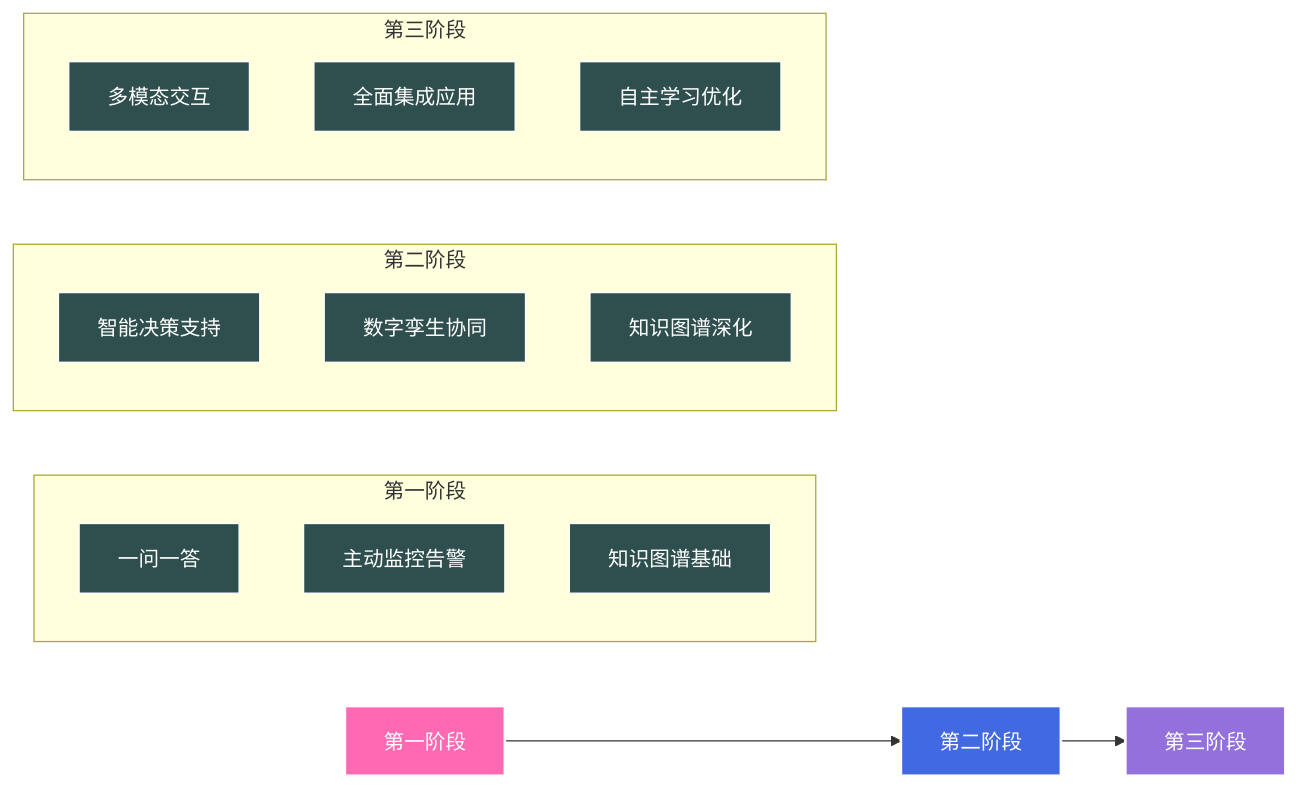
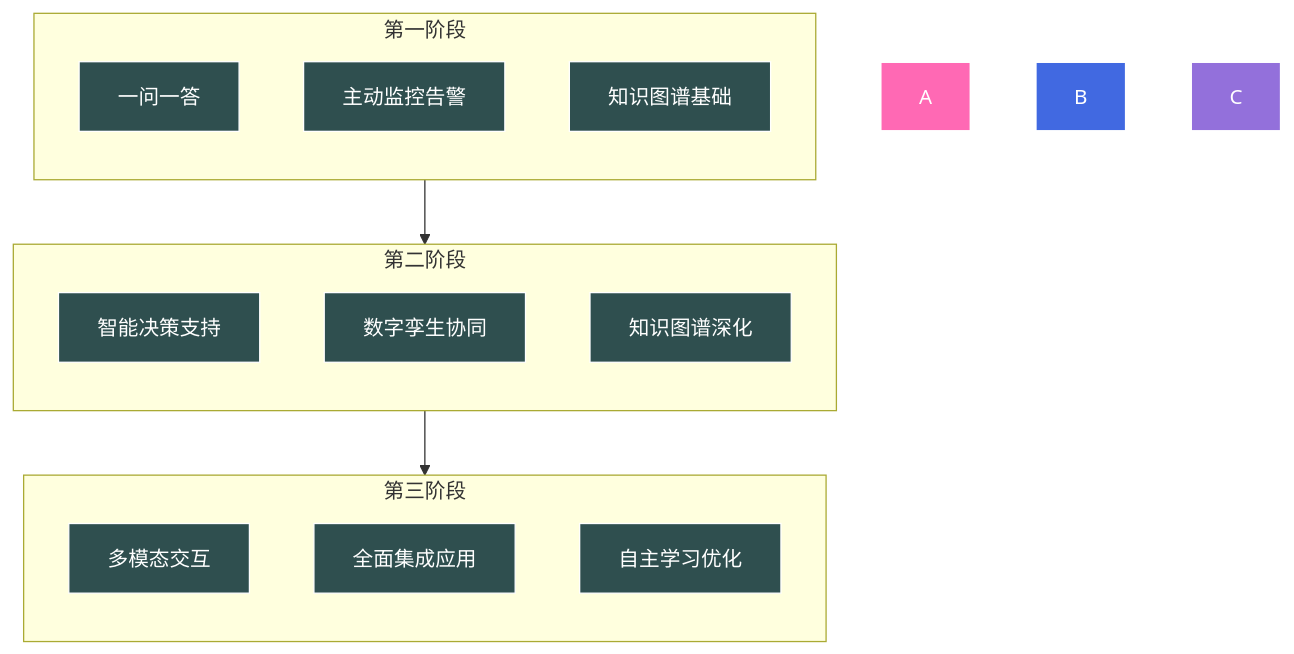
One commit to wuhy80/wuhy-notes changed the diagram in 大模型/项目开发/一些备忘信息.md. Above: the diagram before and after it, drawn with Mermaid. The commit also changed other lines of this file and 1 other file, not shown here.

Commit message:
自动备份: 2025-03-05 16:37:46
Affected files:
Home.md
大模型/项目开发/一些备忘信息.md
我的日记/2025/2025-03/2025-03-05.md

````diff
--- a/大模型/项目开发/一些备忘信息.md
+++ b/大模型/项目开发/一些备忘信息.md
@@ -99,43 +99,43 @@
 ```mermaid
-graph LR
-A[第一阶段] --> B[第二阶段] --> C[第三阶段]
-
-subgraph 第一阶段
-direction TB
-    a1[一问一答]
-    a2[主动监控告警]
-    a3[知识图谱基础]
-end
-
-subgraph 第二阶段
-direction TB
-    b1[智能决策支持]
-    b2[数字孪生协同]
-    b3[知识图谱深化]
-end
-
-subgraph 第三阶段
-direction TB
-    c1[多模态交互]
-    c2[全面集成应用]
-    c3[自主学习优化]
-end
-
-style A fill:#ff69b4,stroke:#fff,stroke-width:2px,color:#fff
-style B fill:#4169e1,stroke:#fff,stroke-width:2px,color:#fff
-style C fill:#9370db,stroke:#fff,stroke-width:2px,color:#fff
-
-style a1 fill:#2f4f4f,stroke:#fff,color:#fff
-style a2 fill:#2f4f4f,stroke:#fff,color:#fff
-style a3 fill:#2f4f4f,stroke:#fff,color:#fff
-
-style b1 fill:#2f4f4f,stroke:#fff,color:#fff
-style b2 fill:#2f4f4f,stroke:#fff,color:#fff
-style b3 fill:#2f4f4f,stroke:#fff,color:#fff
-
-style c1 fill:#2f4f4f,stroke:#fff,color:#fff
-style c2 fill:#2f4f4f,stroke:#fff,color:#fff
-style c3 fill:#2f4f4f,stroke:#fff,color:#fff
-
-classDef default fill:#2f4f4f,stroke:#fff,color:#fff
+graph TB
+	subgraph 第一阶段
+	direction TB
+	    a1[一问一答]
+	    a2[主动监控告警]
+	    a3[知识图谱基础]
+	end
+	
+	subgraph 第二阶段
+	direction TB
+	    b1[智能决策支持]
+	    b2[数字孪生协同]
+	    b3[知识图谱深化]
+	end
+	
+	subgraph 第三阶段
+	direction TB
+	    c1[多模态交互]
+	    c2[全面集成应用]
+	    c3[自主学习优化]
+	end
+	
+	第一阶段 --> 第二阶段 --> 第三阶段
+	
+	style A fill:#ff69b4,stroke:#fff,stroke-width:2px,color:#fff
+	style B fill:#4169e1,stroke:#fff,stroke-width:2px,color:#fff
+	style C fill:#9370db,stroke:#fff,stroke-width:2px,color:#fff
+	
+	style a1 fill:#2f4f4f,stroke:#fff,color:#fff
+	style a2 fill:#2f4f4f,stroke:#fff,color:#fff
+	style a3 fill:#2f4f4f,stroke:#fff,color:#fff
+	
+	style b1 fill:#2f4f4f,stroke:#fff,color:#fff
+	style b2 fill:#2f4f4f,stroke:#fff,color:#fff
+	style b3 fill:#2f4f4f,stroke:#fff,color:#fff
+	
+	style c1 fill:#2f4f4f,stroke:#fff,color:#fff
+	style c2 fill:#2f4f4f,stroke:#fff,color:#fff
+	style c3 fill:#2f4f4f,stroke:#fff,color:#fff
+	
+	classDef default fill:#2f4f4f,stroke:#fff,color:#fff
 ```
````
